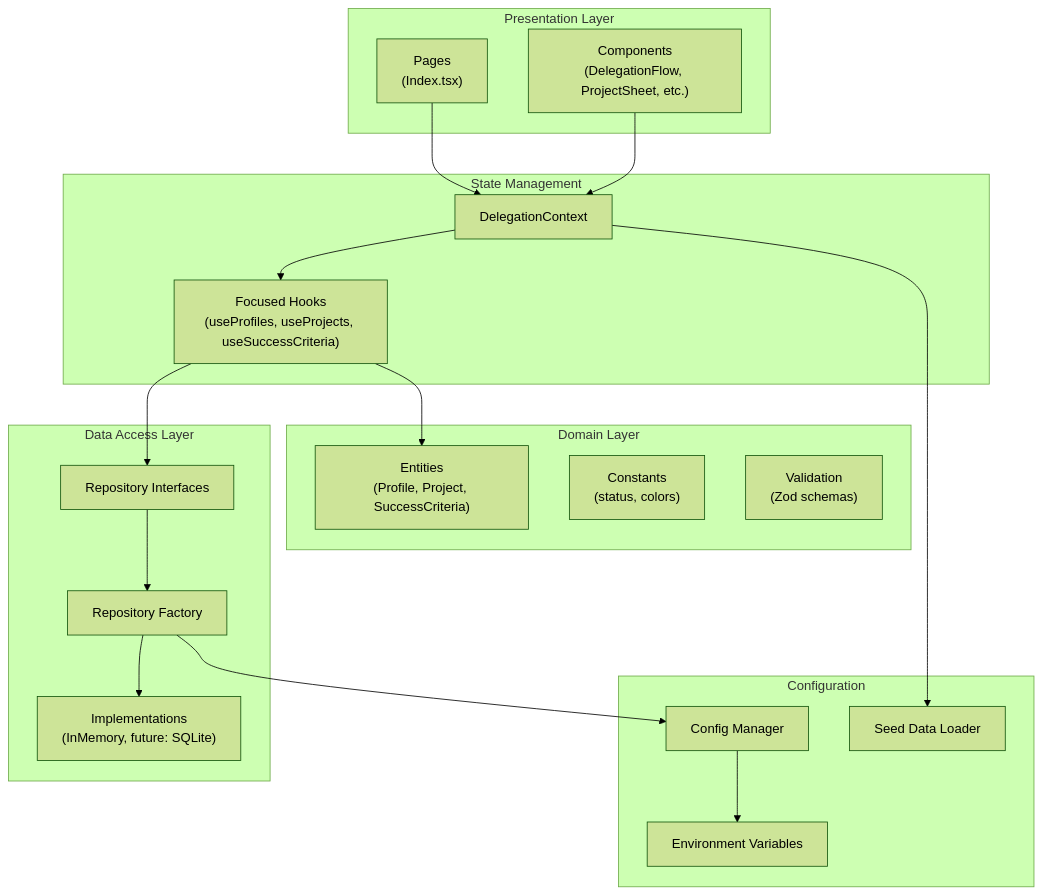
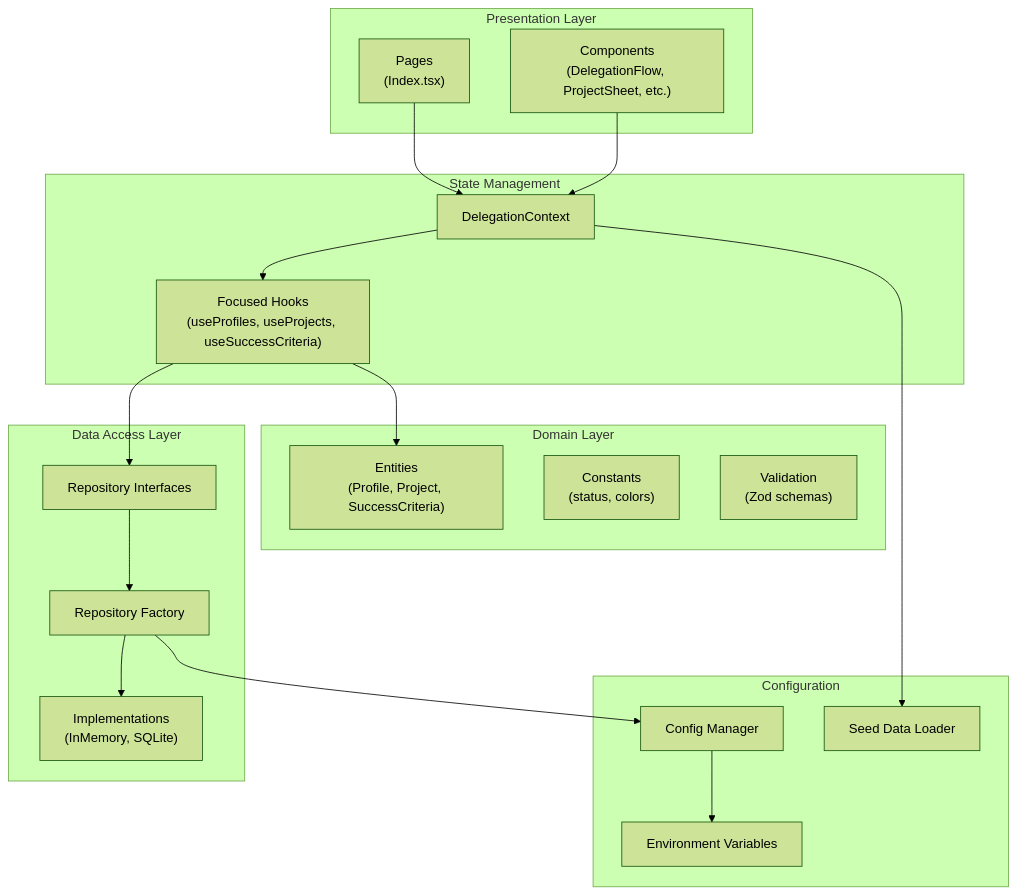
Before and after one commit to spacetexan/impact-flow: the first of 4 diagrams in CLAUDE.md, drawn with Mermaid (forest theme). The commit also changed other lines of this file and 1 other file, not shown here.

First line of the commit message:
Update documentation with SQLite setup instructions

````diff
--- a/CLAUDE.md
+++ b/CLAUDE.md
@@ -99,41 +130,41 @@
 ```mermaid
 graph TB
     subgraph Presentation["Presentation Layer"]
         Pages["Pages<br/>(Index.tsx)"]
         Components["Components<br/>(DelegationFlow, ProjectSheet, etc.)"]
     end
 
     subgraph State["State Management"]
         Context["DelegationContext"]
         Hooks["Focused Hooks<br/>(useProfiles, useProjects, useSuccessCriteria)"]
     end
 
     subgraph Domain["Domain Layer"]
         Entities["Entities<br/>(Profile, Project, SuccessCriteria)"]
         Constants["Constants<br/>(status, colors)"]
         Validation["Validation<br/>(Zod schemas)"]
     end
 
     subgraph Data["Data Access Layer"]
         Interfaces["Repository Interfaces"]
-        Implementations["Implementations<br/>(InMemory, future: SQLite)"]
+        Implementations["Implementations<br/>(InMemory, SQLite)"]
         Factory["Repository Factory"]
     end
 
     subgraph Config["Configuration"]
         Env["Environment Variables"]
         ConfigMgr["Config Manager"]
         SeedData["Seed Data Loader"]
     end
 
     Pages --> Context
     Components --> Context
     Context --> Hooks
     Hooks --> Interfaces
     Interfaces --> Factory
     Factory --> Implementations
     Hooks --> Entities
     Context --> SeedData
     Factory --> ConfigMgr
     ConfigMgr --> Env
 ```
````
